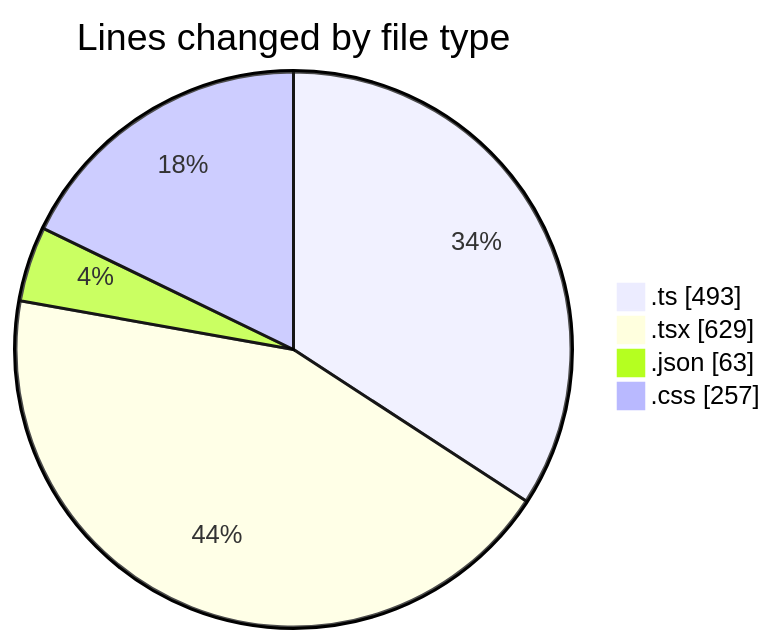
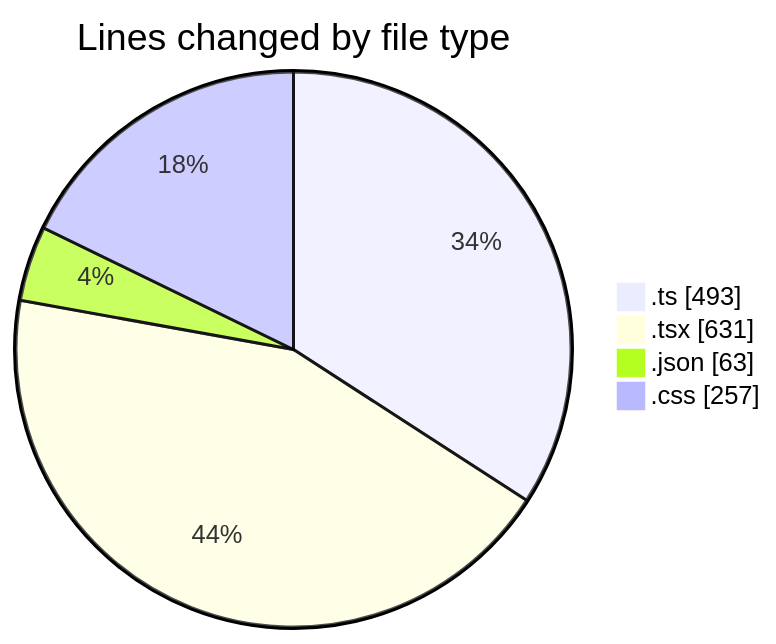
The first of 2 diagrams in 2025-11-24/eventscop-frontend-guide__workspace_/README.md (julien-gomy/code-tracking), drawn with Mermaid before and after one commit. The commit also changed other lines of this file and 1 other file, not shown here.

````diff
--- a/2025-11-24/eventscop-frontend-guide__workspace_/README.md
+++ b/2025-11-24/eventscop-frontend-guide__workspace_/README.md
@@ -38,8 +38,8 @@
 ```mermaid
 pie showData
 title Lines changed by file type
 ".ts" : 493
-".tsx" : 629
+".tsx" : 631
 ".json" : 63
 ".css" : 257
 ```
````
